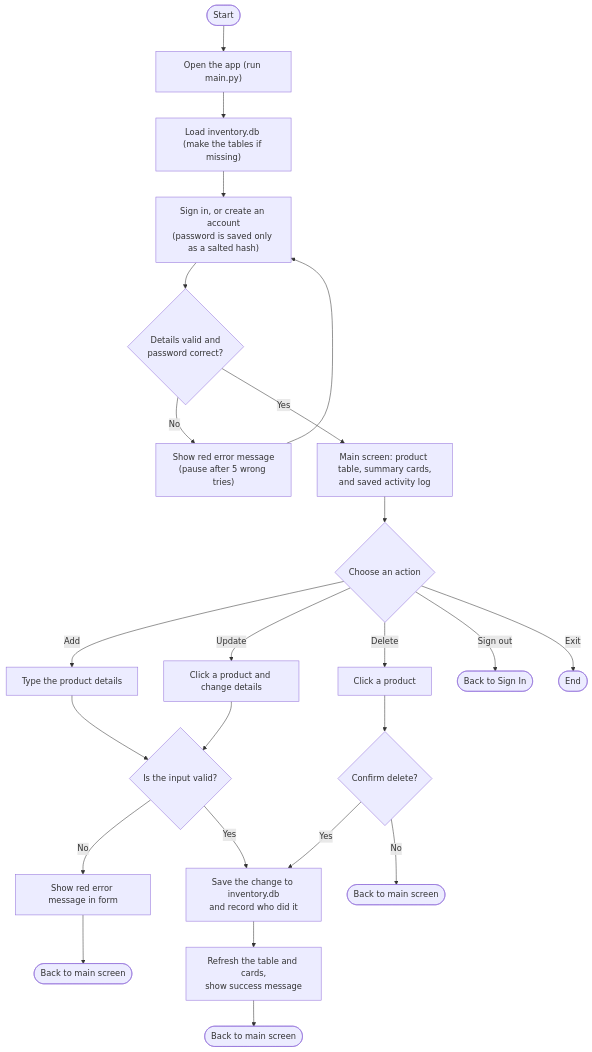
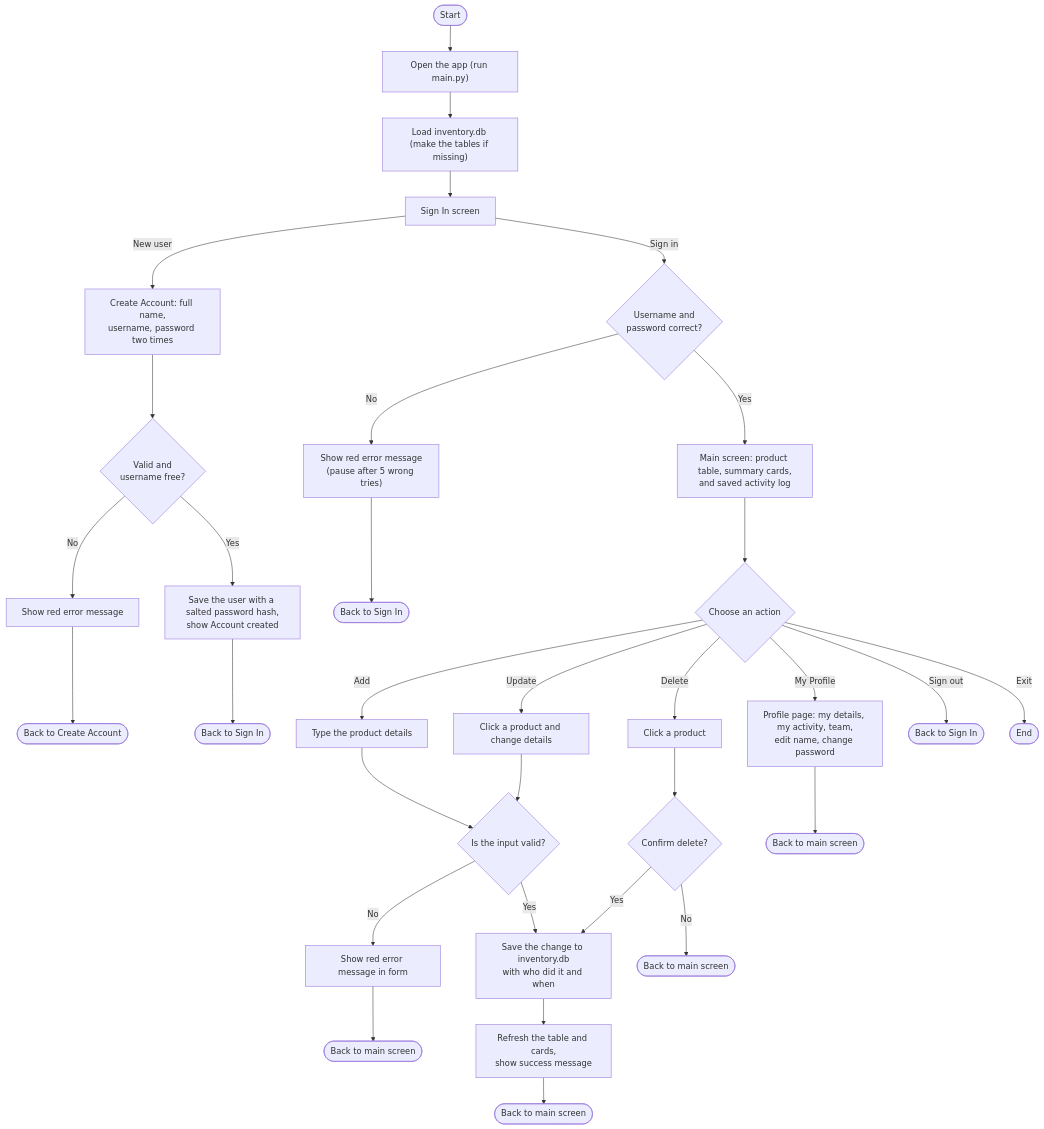
The diagram in documentation/flowchart.mmd (krstnkye/crud-project-IM102), drawn with Mermaid before and after one commit. The commit also changed 27 other files, not shown here.

First line of the commit message:
Sign in after sign up, track who changed products, add My Profile page

```diff
--- a/documentation/flowchart.mmd
+++ b/documentation/flowchart.mmd
@@ -1,24 +1,32 @@
 flowchart TD
     A([Start]) --> B["Open the app (run main.py)"]
     B --> C["Load inventory.db (make the tables if missing)"]
-    C --> SI["Sign in, or create an account<br/>(password is saved only as a salted hash)"]
-    SI --> V{"Details valid and<br/>password correct?"}
+    C --> SI["Sign In screen"]
+    SI -->|New user| CA["Create Account: full name,<br/>username, password two times"]
+    CA --> CV{"Valid and<br/>username free?"}
+    CV -->|No| CE[Show red error message]
+    CE --> T1(["Back to Create Account"])
+    CV -->|Yes| CS["Save the user with a salted password hash,<br/>show Account created"]
+    CS --> T2(["Back to Sign In"])
+    SI -->|Sign in| V{"Username and<br/>password correct?"}
     V -->|No| VE["Show red error message<br/>(pause after 5 wrong tries)"]
-    VE --> SI
+    VE --> T3(["Back to Sign In"])
     V -->|Yes| D["Main screen: product table, summary cards,<br/>and saved activity log"]
     D --> E{Choose an action}
     E -->|Add| F[Type the product details]
     E -->|Update| G[Click a product and change details]
     E -->|Delete| X[Click a product]
+    E -->|My Profile| PR["Profile page: my details, my activity, team,<br/>edit name, change password"]
     E -->|Sign out| SO(["Back to Sign In"])
     E -->|Exit| Z([End])
     F --> I{Is the input valid?}
     G --> I
     I -->|No| J[Show red error message in form]
-    I -->|Yes| K["Save the change to inventory.db<br/>and record who did it"]
+    I -->|Yes| K["Save the change to inventory.db<br/>with who did it and when"]
     X --> Q{Confirm delete?}
     Q -->|Yes| K
     Q -->|No| R2(["Back to main screen"])
     K --> N["Refresh the table and cards,<br/>show success message"]
     J --> R1(["Back to main screen"])
     N --> R3(["Back to main screen"])
+    PR --> R4(["Back to main screen"])
```
